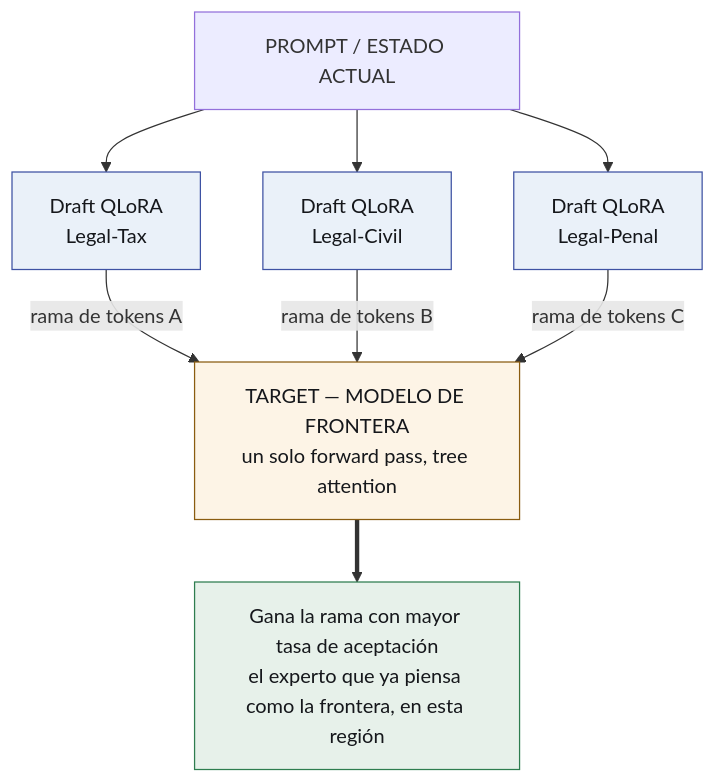
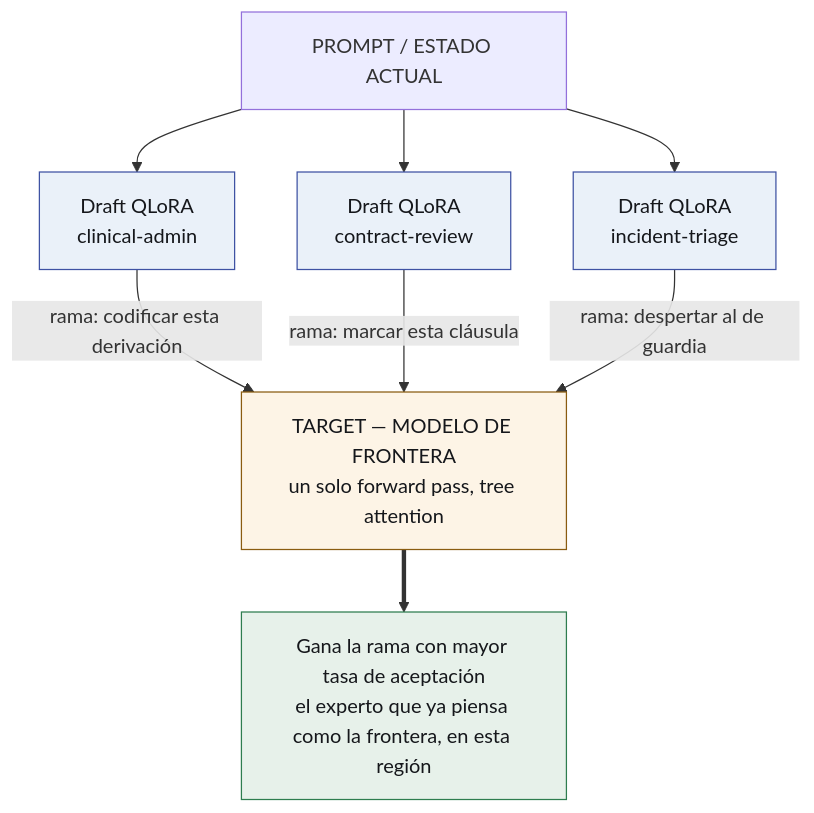
Before and after one commit to EvolvingAgentsLabs/lora-kernel: the first of 2 diagrams in README.es.md, drawn with Mermaid. The commit also changed other lines of this file and 3 other files, not shown here.

````diff
--- a/README.es.md
+++ b/README.es.md
@@ -51,24 +51,24 @@
 ```mermaid
 flowchart TD
     P["PROMPT / ESTADO ACTUAL"]
-    A["Draft QLoRA<br>Legal-Tax"]
-    B["Draft QLoRA<br>Legal-Civil"]
-    C["Draft QLoRA<br>Legal-Penal"]
+    A["Draft QLoRA<br>clinical-admin"]
+    B["Draft QLoRA<br>contract-review"]
+    C["Draft QLoRA<br>incident-triage"]
     T["TARGET — MODELO DE FRONTERA<br>un solo forward pass, tree attention"]
     W["Gana la rama con mayor tasa de aceptación<br>el experto que ya piensa como la frontera, en esta región"]
 
     P --> A
     P --> B
     P --> C
-    A -- "rama de tokens A" --> T
-    B -- "rama de tokens B" --> T
-    C -- "rama de tokens C" --> T
+    A -- "rama: codificar esta derivación" --> T
+    B -- "rama: marcar esta cláusula" --> T
+    C -- "rama: despertar al de guardia" --> T
     T ==> W
 
     classDef expert fill:#EAF1F9,stroke:#3E52A3,color:#15171B
     classDef target fill:#FDF4E6,stroke:#8A5C10,color:#15171B
     classDef win fill:#E7F1EA,stroke:#2E7D4F,color:#15171B
     class A,B,C expert
     class T target
     class W win
 ```
````
